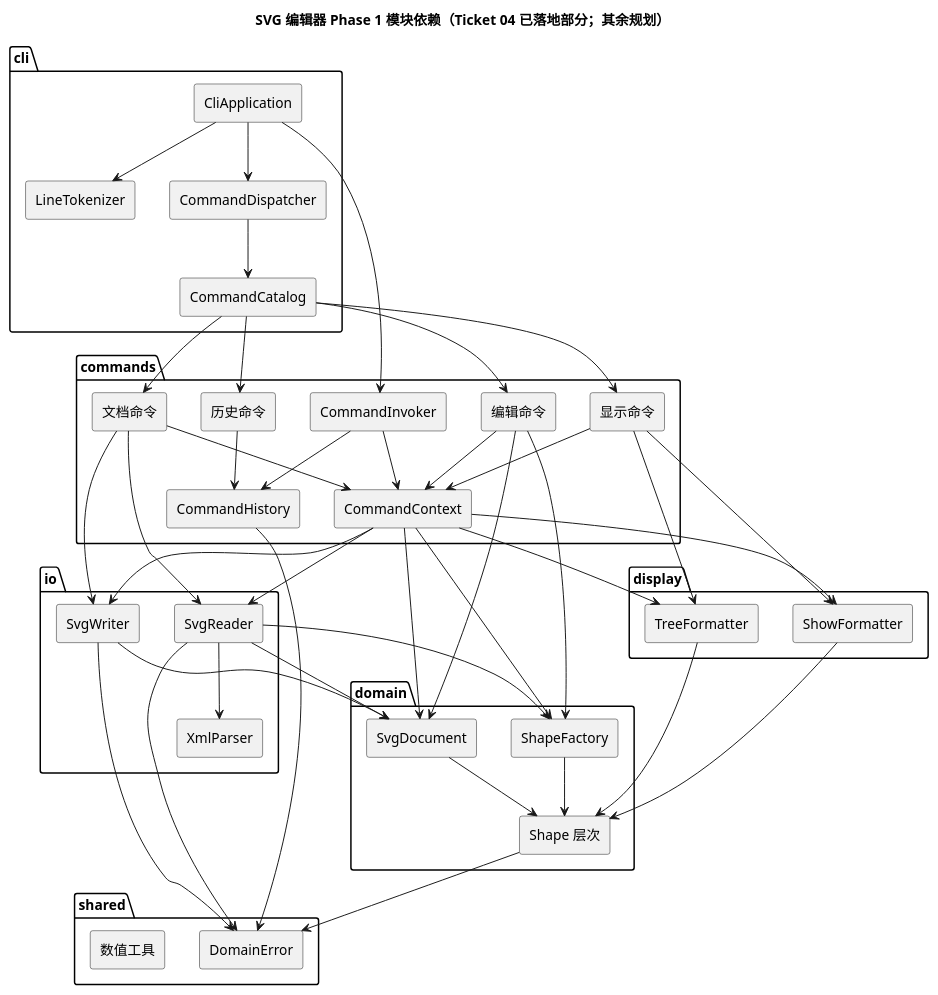
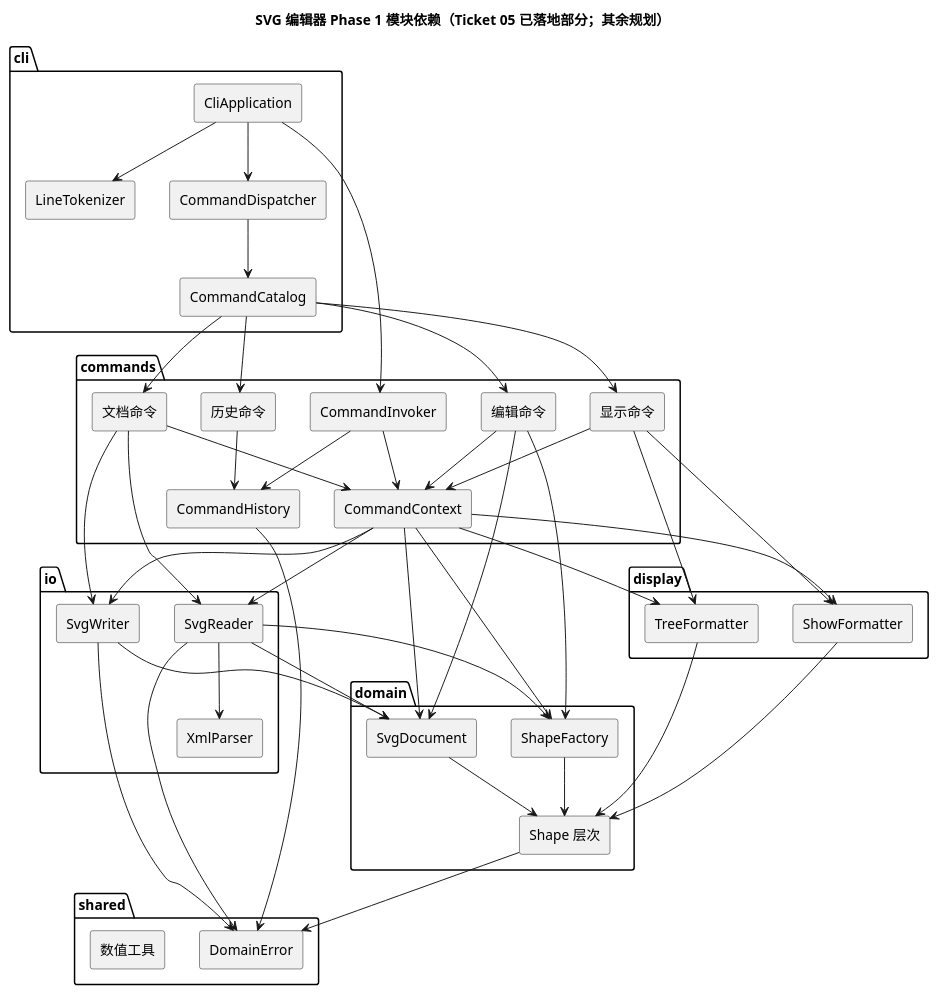
Before and after one commit to NQC233/svg-editor-lab1: the diagram in doc/README.md, drawn with PlantUML. The commit also changed 1 other file, not shown here.

Commit message:
docs: align architecture status with ticket 05

````diff
--- a/doc/README.md
+++ b/doc/README.md
@@ -48,7 +48,7 @@
 ```plantuml
 @startuml
 skinparam componentStyle rectangle
-title SVG 编辑器 Phase 1 模块依赖（Ticket 04 已落地部分；其余规划）
+title SVG 编辑器 Phase 1 模块依赖（Ticket 05 已落地部分；其余规划）
 
 package "cli" {
   [CliApplication]
````
